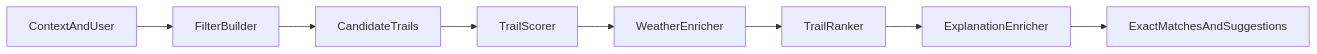
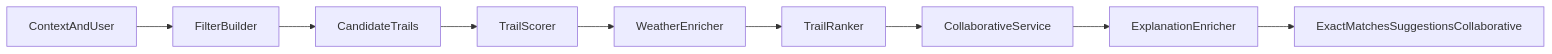
One commit to MatteoBdl31/Adaptative_System_MatteoFile changed the diagram in docs/recommendation_engine.md. Above: the diagram before and after it, drawn with Mermaid. The commit also changed other lines of this file and 28 other files, not shown here.

````diff
--- a/docs/recommendation_engine.md
+++ b/docs/recommendation_engine.md
@@ -27,10 +30,11 @@
- ```mermaid
- flowchart LR
-     context[ContextAndUser] --> ruleFilters[FilterBuilder]
-     ruleFilters --> candidates[CandidateTrails]
-     candidates --> scoring[TrailScorer]
-     scoring --> weather[WeatherEnricher]
-     weather --> ranking[TrailRanker]
-     ranking --> explanations[ExplanationEnricher]
-     explanations --> result[ExactMatchesAndSuggestions]
- ```
+```mermaid
+flowchart LR
+    context[ContextAndUser] --> ruleFilters[FilterBuilder]
+    ruleFilters --> candidates[CandidateTrails]
+    candidates --> scoring[TrailScorer]
+    scoring --> weather[WeatherEnricher]
+    weather --> ranking[TrailRanker]
+    ranking --> collaborative[CollaborativeService]
+    collaborative --> explanations[ExplanationEnricher]
+    explanations --> result[ExactMatchesSuggestionsCollaborative]
+```
````
